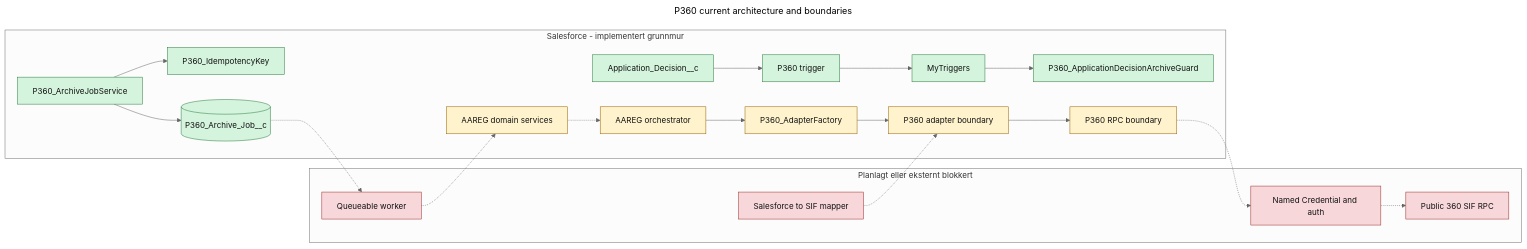
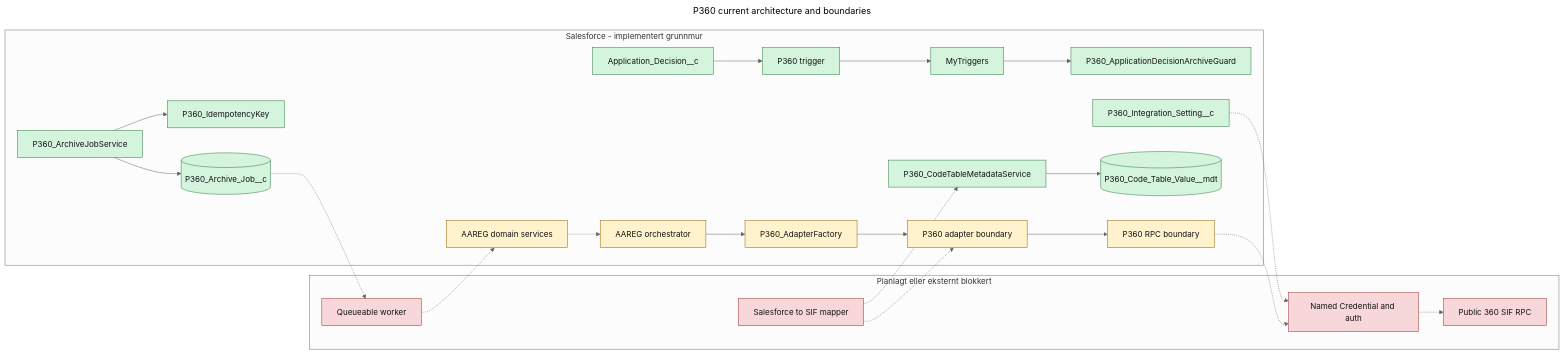
Before and after one commit to navikt/crm-arbeidsforhold: the diagram in docs/integrations/p360/diagrams/p360-current-architecture.mmd, drawn with Mermaid (neutral theme). The commit also changed 3 other files, not shown here.

Commit message:
docs(p360): sync teknisk-oversikt, arkitekturdiagram og README-ar med K1/K2/K3/X1-arbeid

```diff
--- a/docs/integrations/p360/diagrams/p360-current-architecture.mmd
+++ b/docs/integrations/p360/diagrams/p360-current-architecture.mmd
@@ -1,42 +1,48 @@
 ---
 title: P360 current architecture and boundaries
 ---
 graph LR
     subgraph Salesforce[Salesforce - implementert grunnmur]
         Decision[Application_Decision__c]
         Trigger[P360 trigger]
         MyTriggers[MyTriggers]
         Guard[P360_ApplicationDecisionArchiveGuard]
         Key[P360_IdempotencyKey]
         JobService[P360_ArchiveJobService]
         Job[(P360_Archive_Job__c)]
         Domain[AAREG domain services]
         Orchestrator[AAREG orchestrator]
         Factory[P360_AdapterFactory]
         Adapter[P360 adapter boundary]
         Rpc[P360 RPC boundary]
+        CodeTable[(P360_Code_Table_Value__mdt)]
+        CodeTableService[P360_CodeTableMetadataService]
+        Config[P360_Integration_Setting__c]
     end
 
     subgraph Future[Planlagt eller eksternt blokkert]
         Worker[Queueable worker]
         Mapper[Salesforce to SIF mapper]
         Auth[Named Credential and auth]
         P360[Public 360 SIF RPC]
     end
 
     Decision --> Trigger --> MyTriggers --> Guard
     JobService --> Key
     JobService --> Job
     Job -.-> Worker
     Worker -.-> Domain
     Domain -.-> Orchestrator
     Orchestrator --> Factory --> Adapter --> Rpc
     Rpc -.-> Auth -.-> P360
     Mapper -.-> Adapter
+    CodeTableService --> CodeTable
+    Mapper -.-> CodeTableService
+    Config -.-> Auth
 
     classDef implemented fill:#d4f4dd,stroke:#2d7a3e,color:#111
     classDef contract fill:#fff3cd,stroke:#946200,color:#111
     classDef blocked fill:#f8d7da,stroke:#9b2c2c,color:#111
-    class Decision,Trigger,MyTriggers,Guard,Key,JobService,Job implemented
+    class Decision,Trigger,MyTriggers,Guard,Key,JobService,Job,CodeTable,CodeTableService,Config implemented
     class Domain,Orchestrator,Factory,Adapter,Rpc contract
     class Worker,Mapper,Auth,P360 blocked
```
